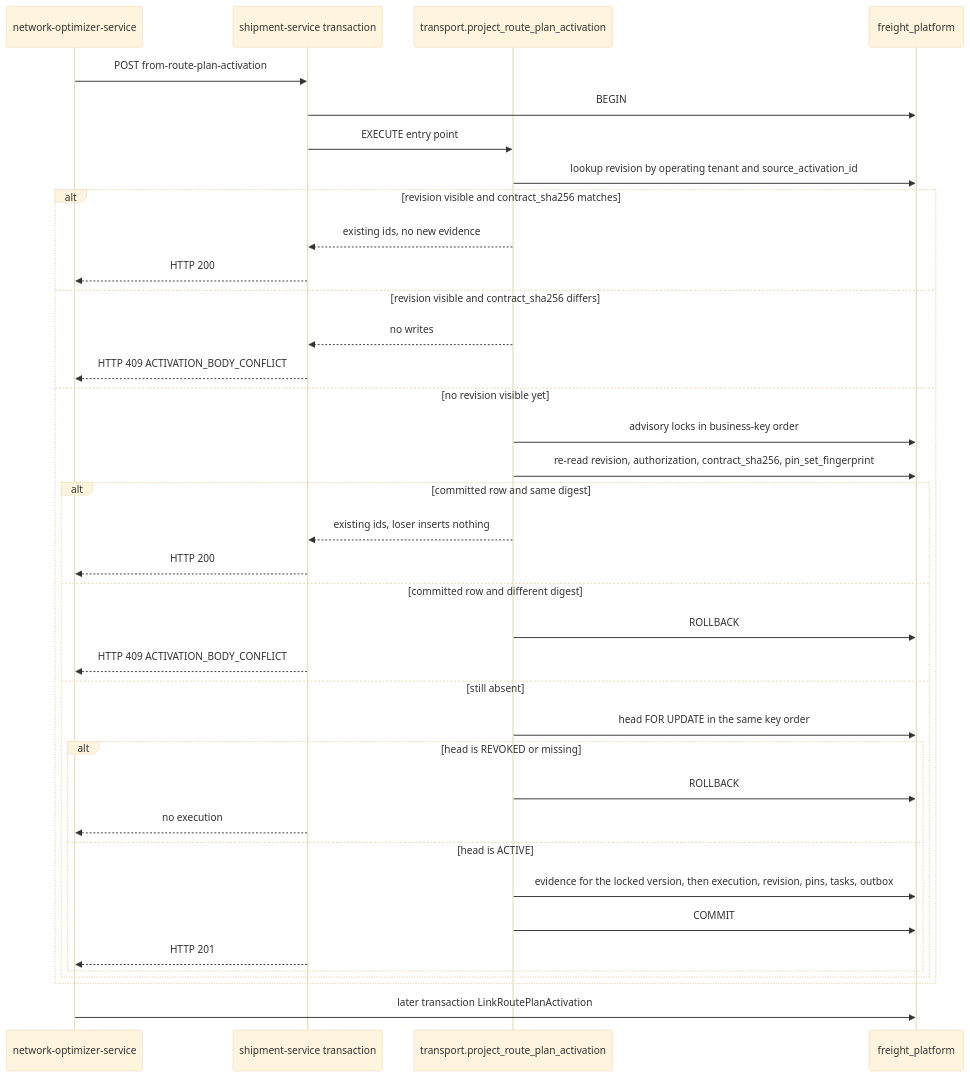
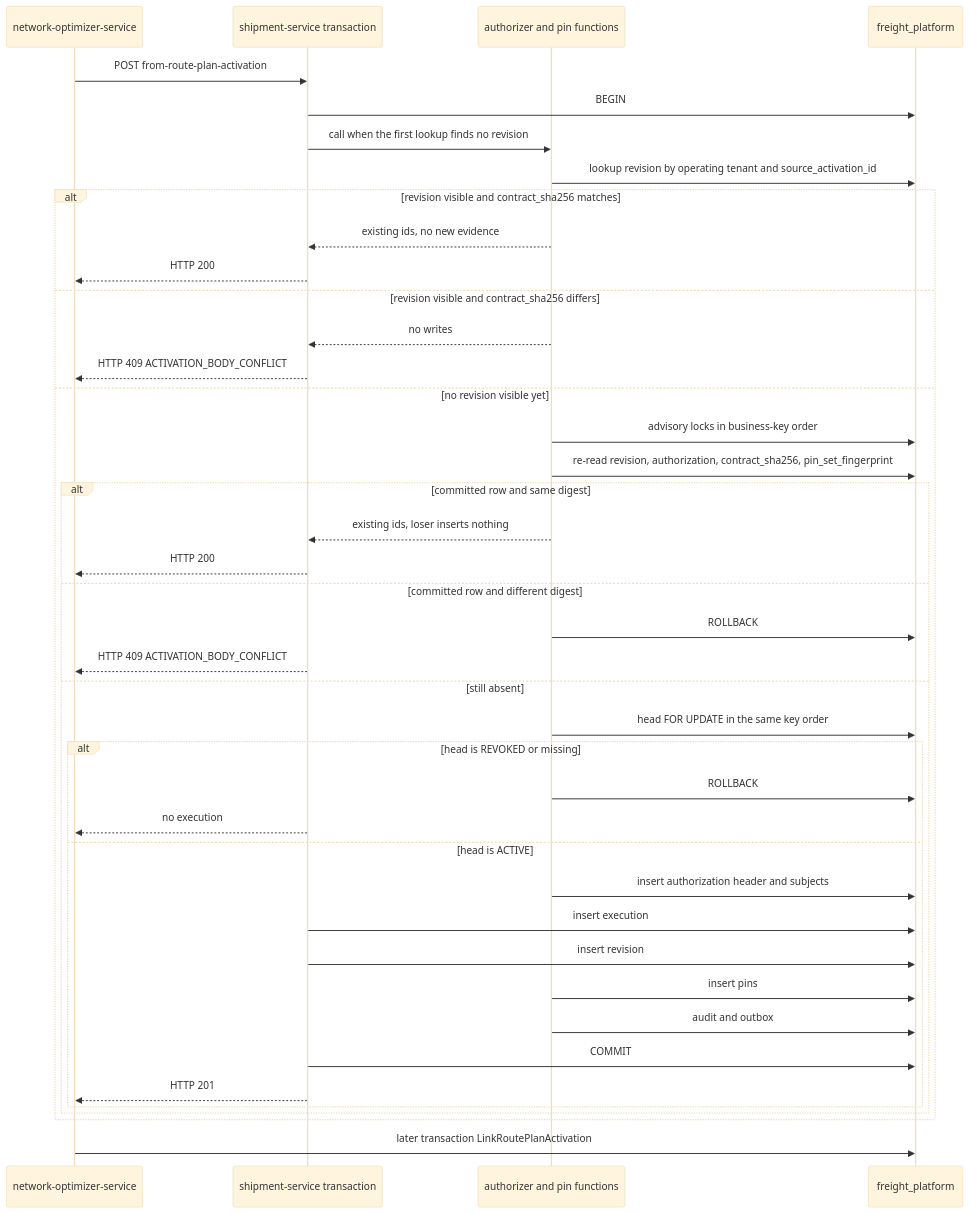
Before and after one commit to f9999737292-bit/Freihgt-platform: the diagram in docs/architecture/platform/PLATFORM_CROSS_TENANT_ACTIVATION_PINS_0_1_ARCHITECTURE.md, drawn with Mermaid (base theme). The commit also changed other lines of this file and 1 other file, not shown here.

First line of the commit message:
Bind activation pins to the locked relationship version.

````diff
--- a/docs/architecture/platform/PLATFORM_CROSS_TENANT_ACTIVATION_PINS_0_1_ARCHITECTURE.md
+++ b/docs/architecture/platform/PLATFORM_CROSS_TENANT_ACTIVATION_PINS_0_1_ARCHITECTURE.md
@@ -181,40 +184,44 @@
 ```mermaid
 sequenceDiagram
     participant NLO as network-optimizer-service
     participant TMS as shipment-service transaction
-    participant Fn as transport.project_route_plan_activation
+    participant Fn as authorizer and pin functions
     participant DB as freight_platform
 
     NLO->>TMS: POST from-route-plan-activation
     TMS->>DB: BEGIN
-    TMS->>Fn: EXECUTE entry point
+    TMS->>Fn: call when the first lookup finds no revision
     Fn->>DB: lookup revision by operating tenant and source_activation_id
     alt revision visible and contract_sha256 matches
         Fn-->>TMS: existing ids, no new evidence
         TMS-->>NLO: HTTP 200
     else revision visible and contract_sha256 differs
         Fn-->>TMS: no writes
         TMS-->>NLO: HTTP 409 ACTIVATION_BODY_CONFLICT
     else no revision visible yet
         Fn->>DB: advisory locks in business-key order
         Fn->>DB: re-read revision, authorization, contract_sha256, pin_set_fingerprint
         alt committed row and same digest
             Fn-->>TMS: existing ids, loser inserts nothing
             TMS-->>NLO: HTTP 200
         else committed row and different digest
             Fn->>DB: ROLLBACK
             TMS-->>NLO: HTTP 409 ACTIVATION_BODY_CONFLICT
         else still absent
             Fn->>DB: head FOR UPDATE in the same key order
             alt head is REVOKED or missing
                 Fn->>DB: ROLLBACK
                 TMS-->>NLO: no execution
             else head is ACTIVE
-                Fn->>DB: evidence for the locked version, then execution, revision, pins, tasks, outbox
-                Fn->>DB: COMMIT
+                Fn->>DB: insert authorization header and subjects
+                TMS->>DB: insert execution
+                TMS->>DB: insert revision
+                Fn->>DB: insert pins
+                Fn->>DB: audit and outbox
+                TMS->>DB: COMMIT
                 TMS-->>NLO: HTTP 201
             end
         end
     end
     NLO->>DB: later transaction LinkRoutePlanActivation
 ```
````
